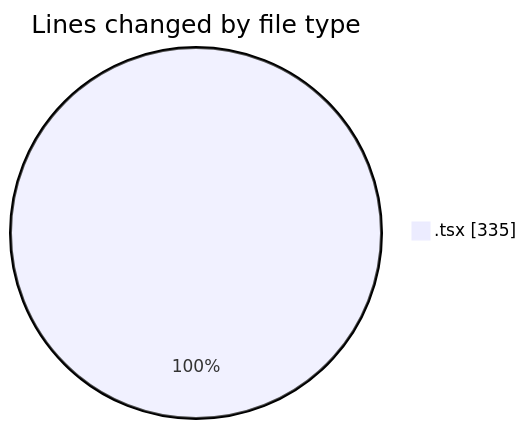
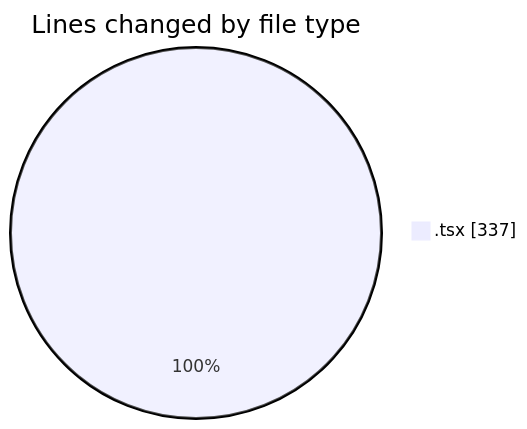
The first of 2 diagrams in 2026-04-27/cda/README.md (momahboobian/code-tracking), drawn with Mermaid before and after one commit. The commit also changed other lines of this file and 1 other file, not shown here.

````diff
--- a/2026-04-27/cda/README.md
+++ b/2026-04-27/cda/README.md
@@ -21,5 +21,5 @@
 ```mermaid
 pie showData
 title Lines changed by file type
-".tsx" : 335
+".tsx" : 337
 ```
````
